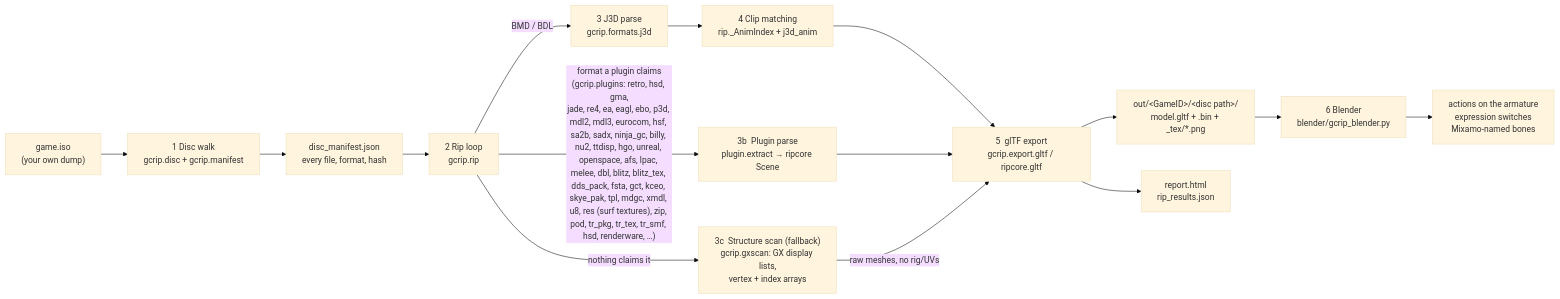
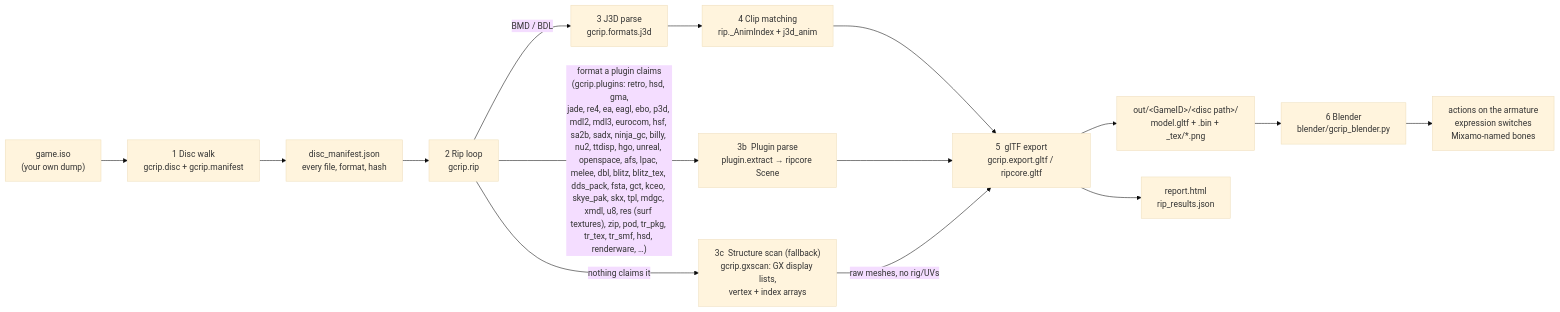
One commit to Felbs/3d-ripper-9000 changed the first of 9 diagrams in docs/PIPELINE.md. Above: the diagram before and after it, drawn with Mermaid (base theme). The commit also changed 6 other files, not shown here.

First line of the commit message:
gcrip skx: Darkened Skye SKX models - 255 of 255 parse, 532 meshes, 135,749 triangles

````diff
--- a/docs/PIPELINE.md
+++ b/docs/PIPELINE.md
@@ -11,17 +11,17 @@
 ```mermaid
 flowchart LR
     ISO["game.iso<br/>(your own dump)"] --> WALK["1  Disc walk<br/>gcrip.disc + gcrip.manifest"]
     WALK --> MAN["disc_manifest.json<br/>every file, format, hash"]
     MAN --> RIP["2  Rip loop<br/>gcrip.rip"]
     RIP -->|"BMD / BDL"| J3D["3  J3D parse<br/>gcrip.formats.j3d"]
-    RIP -->|"format a plugin claims<br/>(gcrip.plugins: retro, hsd, gma,<br/>jade, re4, ea, eagl, ebo, p3d, mdl2, mdl3, eurocom, hsf, sa2b, sadx, ninja_gc, billy, nu2, ttdisp, hgo, unreal, openspace, afs, lpac, melee, dbl, blitz, blitz_tex, dds_pack, fsta, gct, kceo, skye_pak, tpl, mdgc, xmdl, u8, res (surf textures), zip, pod, tr_pkg, tr_tex, tr_smf, hsd, renderware, …)"| PLUG["3b  Plugin parse<br/>plugin.extract → ripcore Scene"]
+    RIP -->|"format a plugin claims<br/>(gcrip.plugins: retro, hsd, gma,<br/>jade, re4, ea, eagl, ebo, p3d, mdl2, mdl3, eurocom, hsf, sa2b, sadx, ninja_gc, billy, nu2, ttdisp, hgo, unreal, openspace, afs, lpac, melee, dbl, blitz, blitz_tex, dds_pack, fsta, gct, kceo, skye_pak, skx, tpl, mdgc, xmdl, u8, res (surf textures), zip, pod, tr_pkg, tr_tex, tr_smf, hsd, renderware, …)"| PLUG["3b  Plugin parse<br/>plugin.extract → ripcore Scene"]
     RIP -->|"nothing claims it"| GX["3c  Structure scan (fallback)<br/>gcrip.gxscan: GX display lists,<br/>vertex + index arrays"]
     J3D --> ANIM["4  Clip matching<br/>rip._AnimIndex + j3d_anim"]
     ANIM --> GLTF["5  glTF export<br/>gcrip.export.gltf / ripcore.gltf"]
     PLUG --> GLTF
     GX -->|"raw meshes, no rig/UVs"| GLTF
     GLTF --> OUT["out/&lt;GameID&gt;/&lt;disc path&gt;/<br/>model.gltf + .bin + _tex/*.png"]
     GLTF --> REP["report.html<br/>rip_results.json"]
     OUT --> BL["6  Blender<br/>blender/gcrip_blender.py"]
     BL --> PLAY["actions on the armature<br/>expression switches<br/>Mixamo-named bones"]
 ```
````
